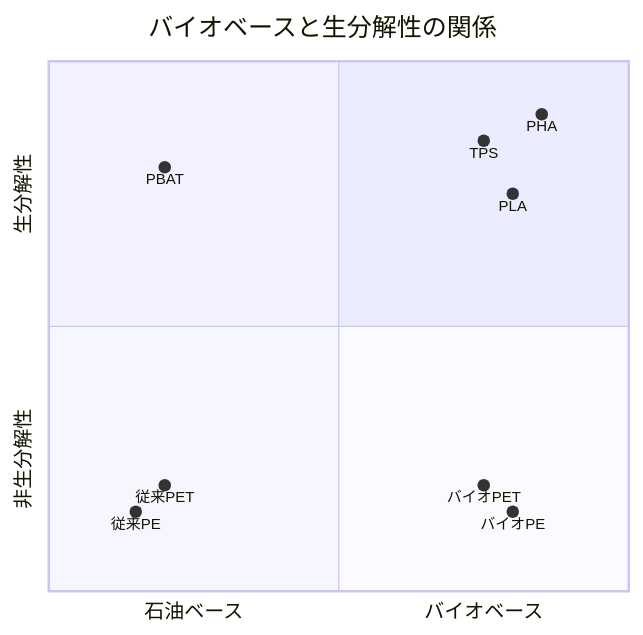
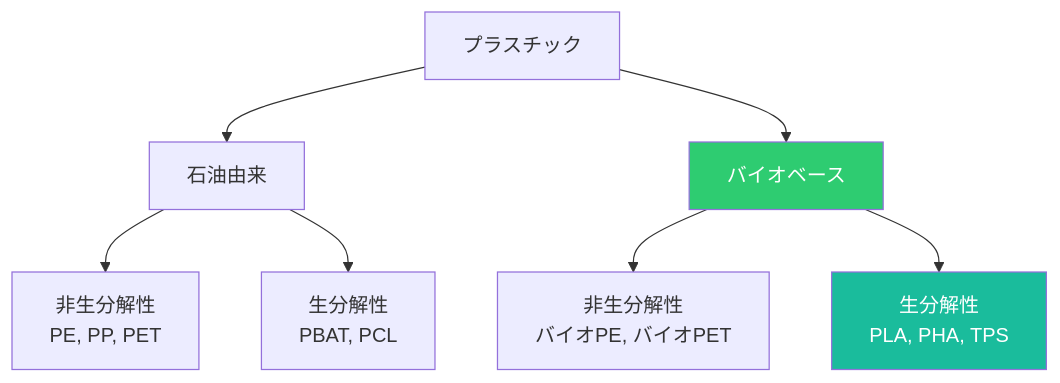
One commit to Hide-nu/Designer-curriculum changed the second of 3 diagrams in docs/books/06-sustainable-design/ch04-sustainable-materials.md. Above: the diagram before and after it, drawn with Mermaid. The commit also changed other lines of this file and 13 other files, not shown here.

````diff
--- a/docs/books/06-sustainable-design/ch04-sustainable-materials.md
+++ b/docs/books/06-sustainable-design/ch04-sustainable-materials.md
@@ -98,14 +69,12 @@
 ```mermaid
-quadrantChart
-    title バイオベースと生分解性の関係
-    x-axis 石油ベース --> バイオベース
-    y-axis 非生分解性 --> 生分解性
-    従来PE: [0.15, 0.15]
-    従来PET: [0.20, 0.20]
-    バイオPE: [0.80, 0.15]
-    バイオPET: [0.75, 0.20]
-    PBAT: [0.20, 0.80]
-    PLA: [0.80, 0.75]
-    PHA: [0.85, 0.90]
-    TPS: [0.75, 0.85]
+graph TD
+    A[プラスチック] --> B[石油由来]
+    A --> C[バイオベース]
+    B --> D[非生分解性<br/>PE, PP, PET]
+    B --> E[生分解性<br/>PBAT, PCL]
+    C --> F[非生分解性<br/>バイオPE, バイオPET]
+    C --> G[生分解性<br/>PLA, PHA, TPS]
+
+    style C fill:#2ECC71,color:#fff
+    style G fill:#1ABC9C,color:#fff
 ```
````
